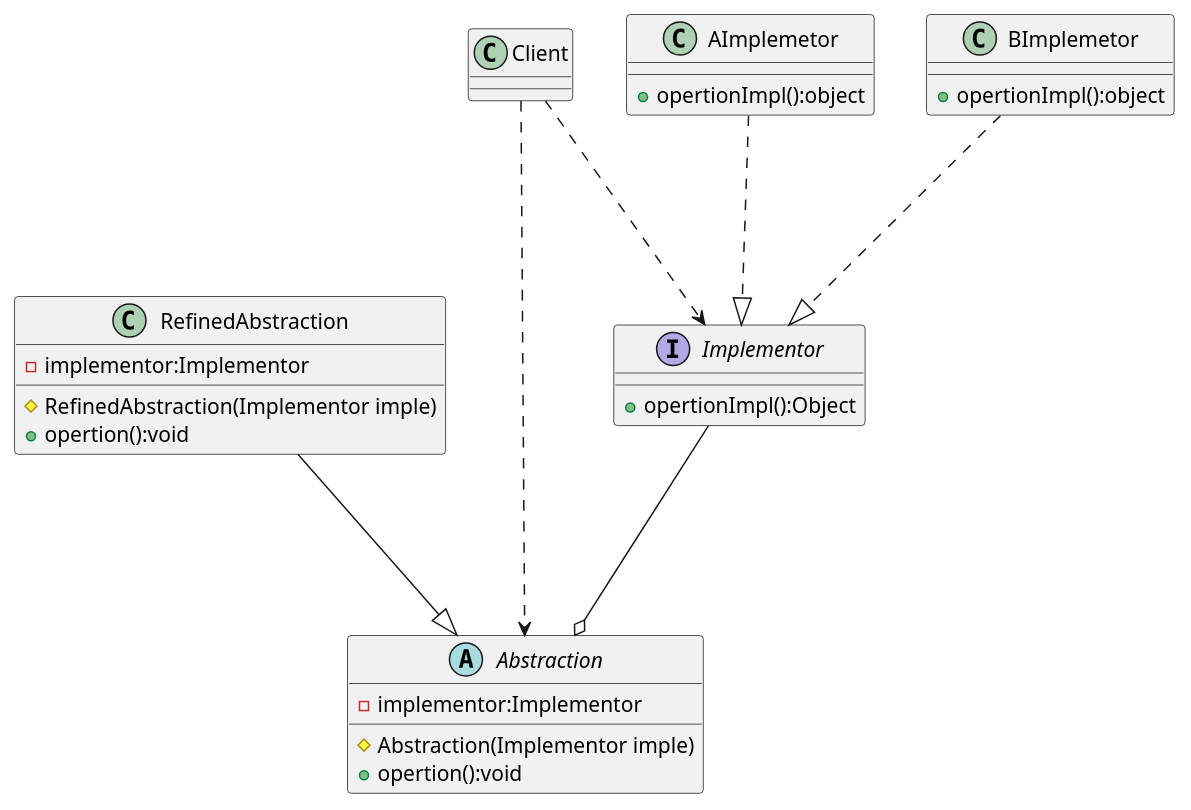
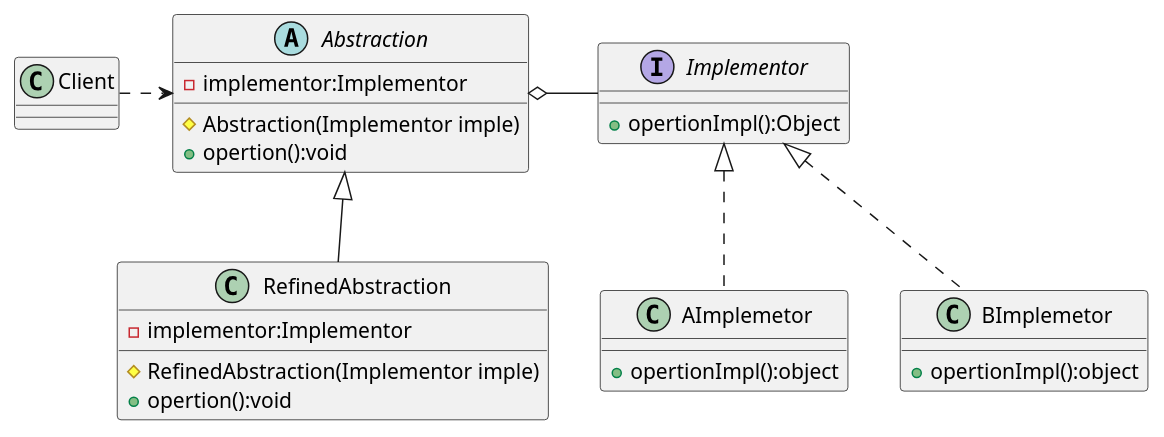
Before and after one commit to qiding1991/design-pattern: the diagram in struct-bridge-design/bridge-design-uml.puml, drawn with PlantUML. The commit also changed 34 other files, not shown here.

```diff
--- a/struct-bridge-design/bridge-design-uml.puml
+++ b/struct-bridge-design/bridge-design-uml.puml
@@ -1,34 +1,33 @@
 @startuml
     interface Implementor {
        + opertionImpl():Object
     }
     class AImplemetor{
        + opertionImpl():object
     }
 
     class BImplemetor{
        + opertionImpl():object
     }
 
     abstract class Abstraction{
         - implementor:Implementor
         # Abstraction(Implementor imple)
         + opertion():void
     }
 
     class RefinedAbstraction{
        - implementor:Implementor
        # RefinedAbstraction(Implementor imple)
        + opertion():void
     }
 
 
-           AImplemetor...|>Implementor
-           BImplemetor...|>Implementor
-    RefinedAbstraction---|>Abstraction
-           Implementor---o Abstraction
-           Client...>Implementor
-           Client...>Abstraction
+       Client.>Abstraction
+       Abstraction o- Implementor
+       Abstraction <|-- RefinedAbstraction
+       Implementor<|..AImplemetor
+       Implementor<|..BImplemetor
 
 
 @enduml
```
